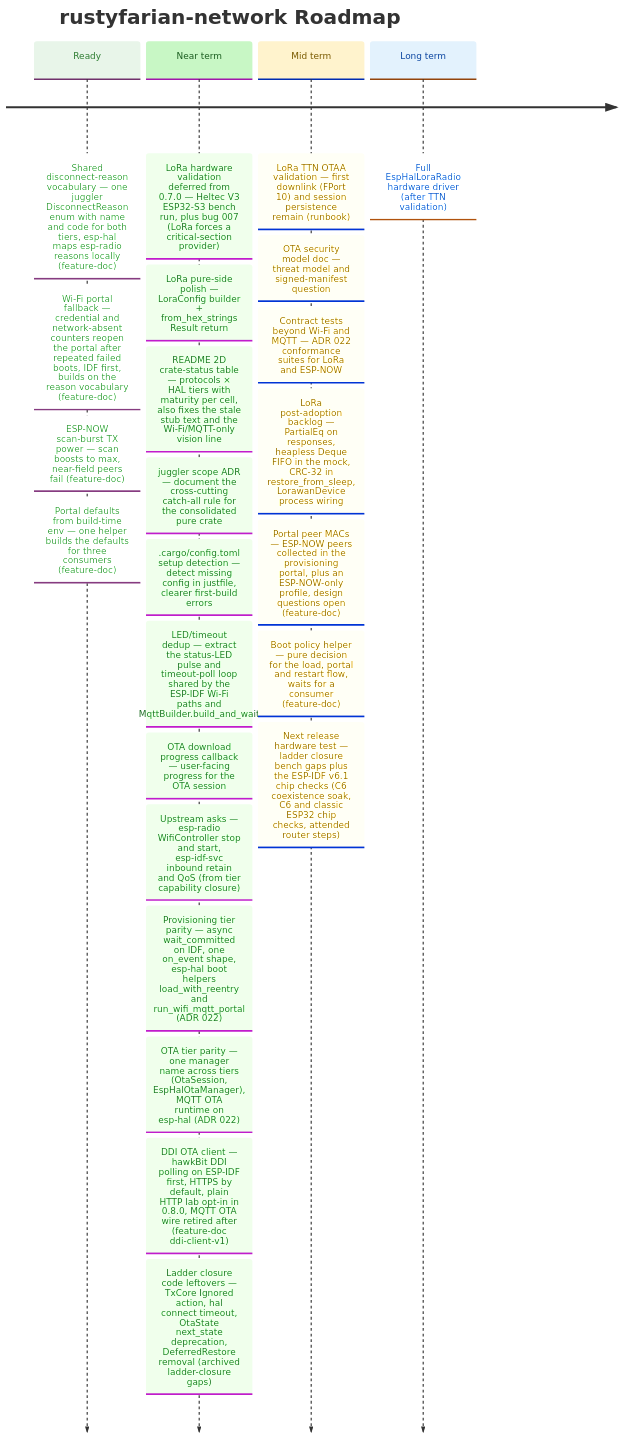
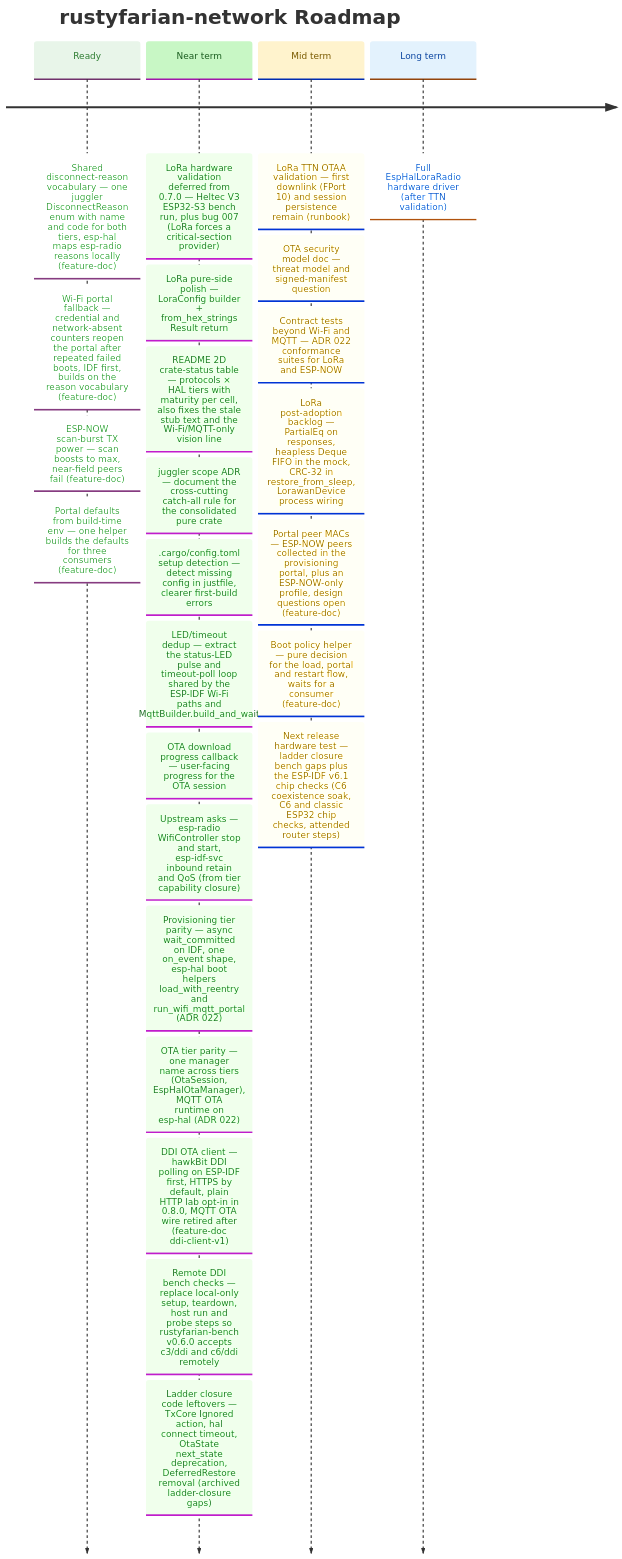
The diagram in docs/ROADMAP.md (datenkollektiv/rustyfarian-network), drawn with Mermaid before and after one commit. The commit also changed 122 other files, not shown here.

````diff
--- a/docs/ROADMAP.md
+++ b/docs/ROADMAP.md
@@ -16,45 +16,46 @@
 ```mermaid
 %%{init: {
   "theme": "base",
   "themeVariables": {
     "cScale0": "#e8f5e9",
     "cScaleLabel0": "#2e7d32",
     "cScale1": "#c8f7c5",
     "cScaleLabel1": "#1b5e20",
     "cScale2": "#fff3cd",
     "cScaleLabel2": "#7a5a00",
     "cScale3": "#e3f2fd",
     "cScaleLabel3": "#0d47a1"
   }
 }}%%
 
 timeline
     title rustyfarian-network Roadmap
 
     Ready     : Shared disconnect-reason vocabulary — one juggler DisconnectReason enum with name and code for both tiers, esp-hal maps esp-radio reasons locally (feature-doc)
               : Wi-Fi portal fallback — credential and network-absent counters reopen the portal after repeated failed boots, IDF first, builds on the reason vocabulary (feature-doc)
               : ESP-NOW scan-burst TX power — scan boosts to max, near-field peers fail (feature-doc)
               : Portal defaults from build-time env — one helper builds the defaults for three consumers (feature-doc)
     Near term : LoRa hardware validation deferred from 0.7.0 — Heltec V3 ESP32-S3 bench run, plus bug 007 (LoRa forces a critical-section provider)
               : LoRa pure-side polish — LoraConfig builder + from_hex_strings Result return
               : README 2D crate-status table — protocols × HAL tiers with maturity per cell, also fixes the stale stub text and the Wi-Fi/MQTT-only vision line
               : juggler scope ADR — document the cross-cutting catch-all rule for the consolidated pure crate
               : .cargo/config.toml setup detection — detect missing config in justfile, clearer first-build errors
               : LED/timeout dedup — extract the status-LED pulse and timeout-poll loop shared by the ESP-IDF Wi-Fi paths and MqttBuilder.build_and_wait
               : OTA download progress callback — user-facing progress for the OTA session
               : Upstream asks — esp-radio WifiController stop and start, esp-idf-svc inbound retain and QoS (from tier capability closure)
               : Provisioning tier parity — async wait_committed on IDF, one on_event shape, esp-hal boot helpers load_with_reentry and run_wifi_mqtt_portal (ADR 022)
               : OTA tier parity — one manager name across tiers (OtaSession, EspHalOtaManager), MQTT OTA runtime on esp-hal (ADR 022)
               : DDI OTA client — hawkBit DDI polling on ESP-IDF first, HTTPS by default, plain HTTP lab opt-in in 0.8.0, MQTT OTA wire retired after (feature-doc ddi-client-v1)
+              : Remote DDI bench checks — replace local-only setup, teardown, host run and probe steps so rustyfarian-bench v0.6.0 accepts c3/ddi and c6/ddi remotely
               : Ladder closure code leftovers — TxCore Ignored action, hal connect timeout, OtaState next_state deprecation, DeferredRestore removal (archived ladder-closure gaps)
 
     Mid term  : LoRa TTN OTAA validation — first downlink (FPort 10) and session persistence remain (runbook)
               : OTA security model doc — threat model and signed-manifest question
               : Contract tests beyond Wi-Fi and MQTT — ADR 022 conformance suites for LoRa and ESP-NOW
               : LoRa post-adoption backlog — PartialEq on responses, heapless Deque FIFO in the mock, CRC-32 in restore_from_sleep, LorawanDevice process wiring
               : Portal peer MACs — ESP-NOW peers collected in the provisioning portal, plus an ESP-NOW-only profile, design questions open (feature-doc)
               : Boot policy helper — pure decision for the load, portal and restart flow, waits for a consumer (feature-doc)
               : Next release hardware test — ladder closure bench gaps plus the ESP-IDF v6.1 chip checks (C6 coexistence soak, C6 and classic ESP32 chip checks, attended router steps)
 
     Long term : Full EspHalLoraRadio hardware driver (after TTN validation)
 ```
````
